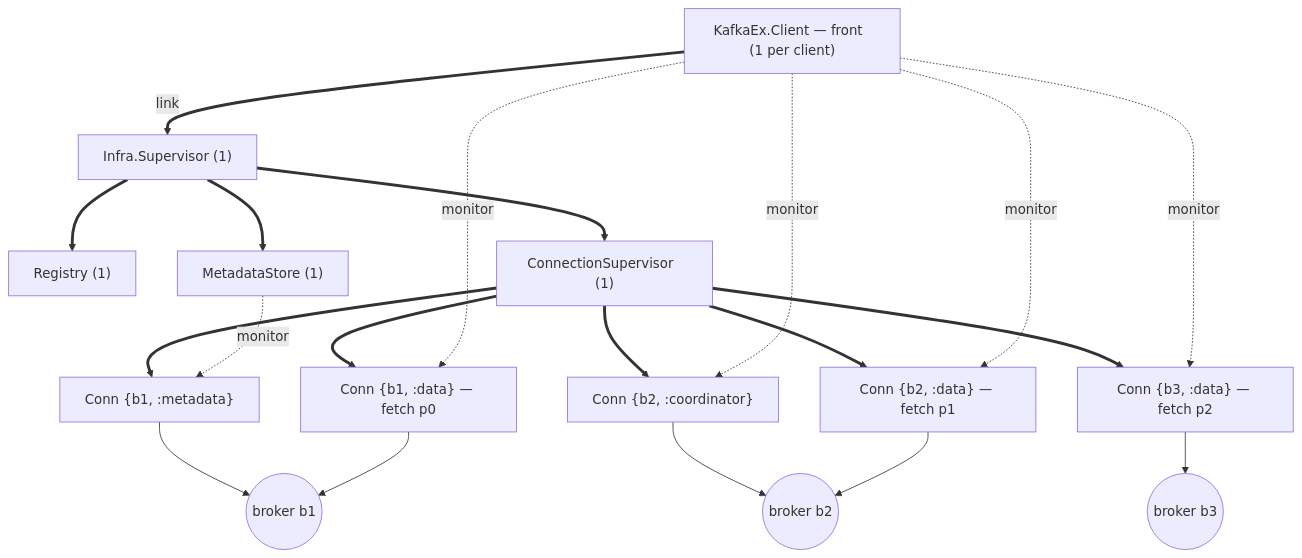
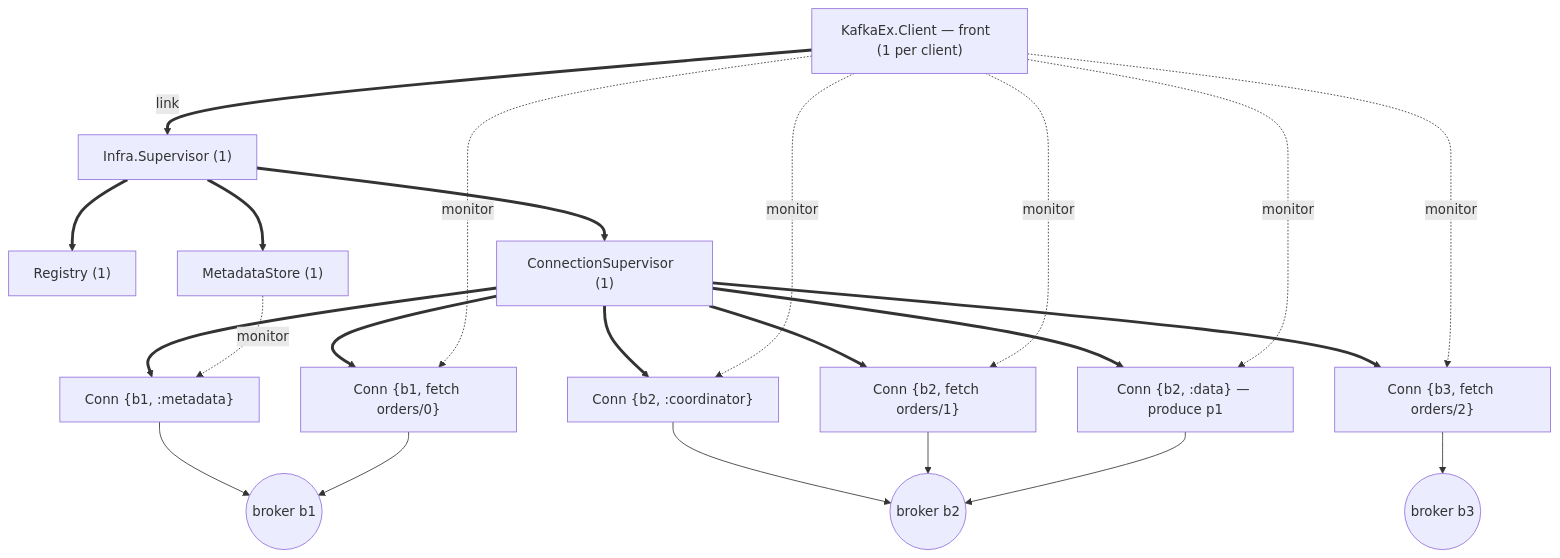
Before and after one commit to kafkaex/kafka_ex: the eighth of 10 diagrams in docs/rfcs/0001-client-process-architecture.md, drawn with Mermaid. The commit also changed other lines of this file, not shown here.

First line of the commit message:
docs(rfc-0001): fetch over a connection per consumed partition, brod-style

````diff
--- a/docs/rfcs/0001-client-process-architecture.md
+++ b/docs/rfcs/0001-client-process-architecture.md
@@ -732,23 +763,26 @@
 ```mermaid
 flowchart TD
     FRONT["KafkaEx.Client — front  (1 per client)"]
     FRONT ==>|link| ISUP["Infra.Supervisor  (1)"]
     ISUP ==> REG["Registry  (1)"]
     ISUP ==> CONNSUP["ConnectionSupervisor  (1)"]
     ISUP ==> STORE["MetadataStore  (1)"]
     CONNSUP ==> M["Conn {b1, :metadata}"]
     CONNSUP ==> CO["Conn {b2, :coordinator}"]
-    CONNSUP ==> CD0["Conn {b1, :data} — fetch p0"]
-    CONNSUP ==> CD1["Conn {b2, :data} — fetch p1"]
-    CONNSUP ==> CD2["Conn {b3, :data} — fetch p2"]
+    CONNSUP ==> CF0["Conn {b1, fetch orders/0}"]
+    CONNSUP ==> CF1["Conn {b2, fetch orders/1}"]
+    CONNSUP ==> CD1["Conn {b2, :data} — produce p1"]
+    CONNSUP ==> CF2["Conn {b3, fetch orders/2}"]
     STORE -. monitor .-> M
     FRONT -. monitor .-> CO
-    FRONT -. monitor .-> CD0
+    FRONT -. monitor .-> CF0
+    FRONT -. monitor .-> CF1
     FRONT -. monitor .-> CD1
-    FRONT -. monitor .-> CD2
+    FRONT -. monitor .-> CF2
     M --> B1(("broker b1"))
-    CD0 --> B1
+    CF0 --> B1
     CO --> B2(("broker b2"))
+    CF1 --> B2
     CD1 --> B2
-    CD2 --> B3(("broker b3"))
+    CF2 --> B3(("broker b3"))
 ```
````
